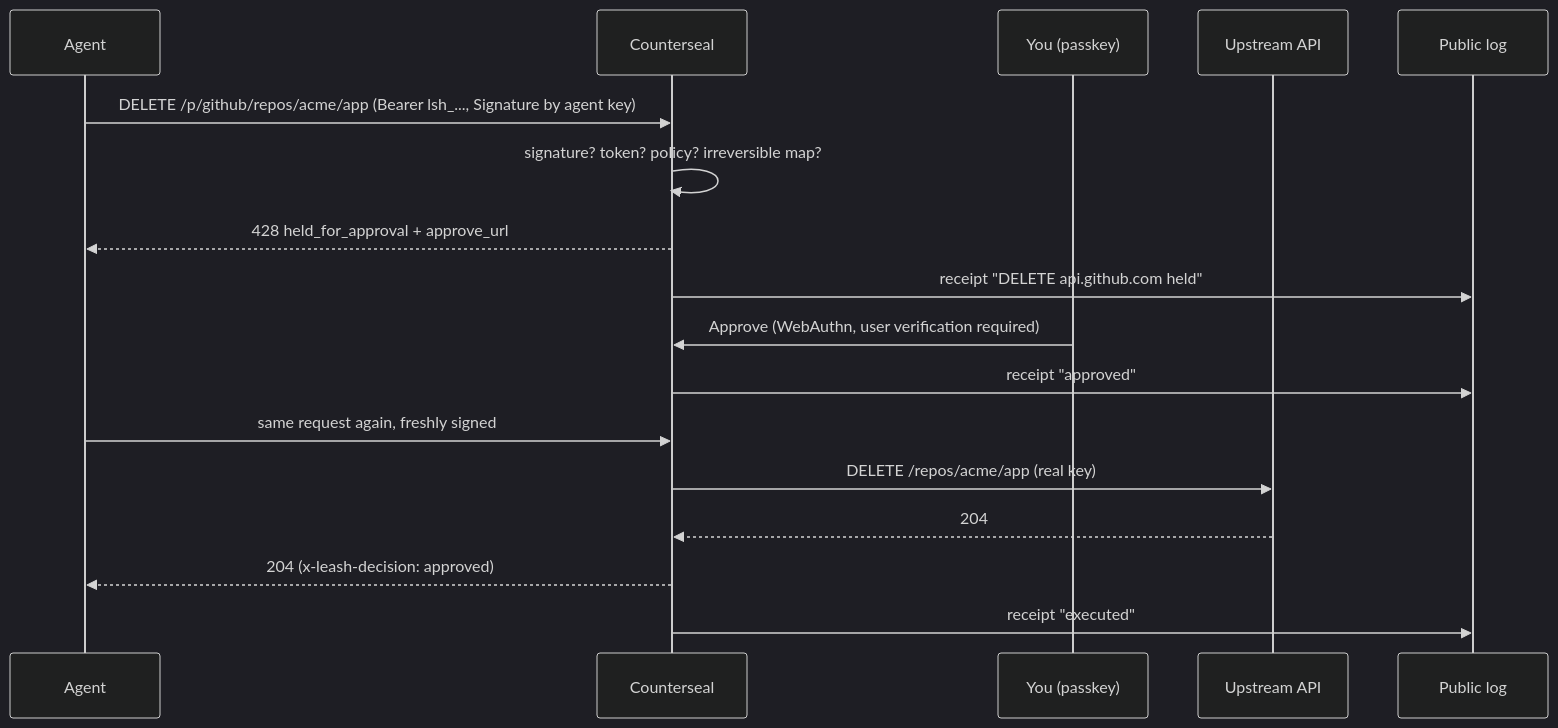
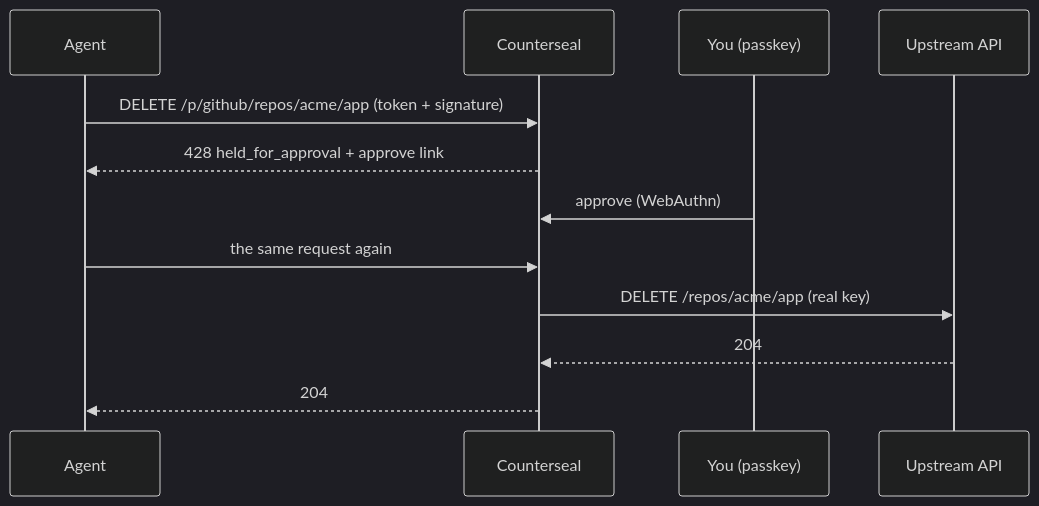
One commit to GautamTalksDev/counterseal changed the second of 2 diagrams in README.md. Above: the diagram before and after it, drawn with Mermaid (dark theme). The commit also changed other lines of this file and 33 other files, not shown here.

````diff
--- a/README.md
+++ b/README.md
@@ -69,19 +108,14 @@
 ```mermaid
 sequenceDiagram
     participant Agent
-    participant Broker as Counterseal
-    participant Human as You (passkey)
+    participant C as Counterseal
+    participant You as You (passkey)
     participant API as Upstream API
-    participant Log as Public log
-    Agent->>Broker: DELETE /p/github/repos/acme/app (Bearer lsh_..., Signature by agent key)
-    Broker->>Broker: signature? token? policy? irreversible map?
-    Broker-->>Agent: 428 held_for_approval + approve_url
-    Broker->>Log: receipt "DELETE api.github.com held"
-    Human->>Broker: Approve (WebAuthn, user verification required)
-    Broker->>Log: receipt "approved"
-    Agent->>Broker: same request again, freshly signed
-    Broker->>API: DELETE /repos/acme/app (real key)
-    API-->>Broker: 204
-    Broker-->>Agent: 204 (x-leash-decision: approved)
-    Broker->>Log: receipt "executed"
+    Agent->>C: DELETE /p/github/repos/acme/app (token + signature)
+    C-->>Agent: 428 held_for_approval + approve link
+    You->>C: approve (WebAuthn)
+    Agent->>C: the same request again
+    C->>API: DELETE /repos/acme/app (real key)
+    API-->>C: 204
+    C-->>Agent: 204
 ```
````
